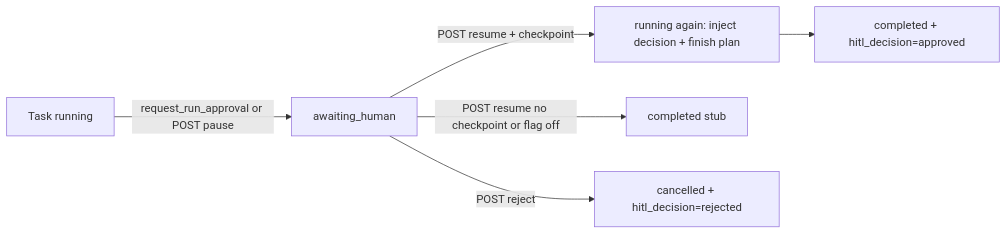
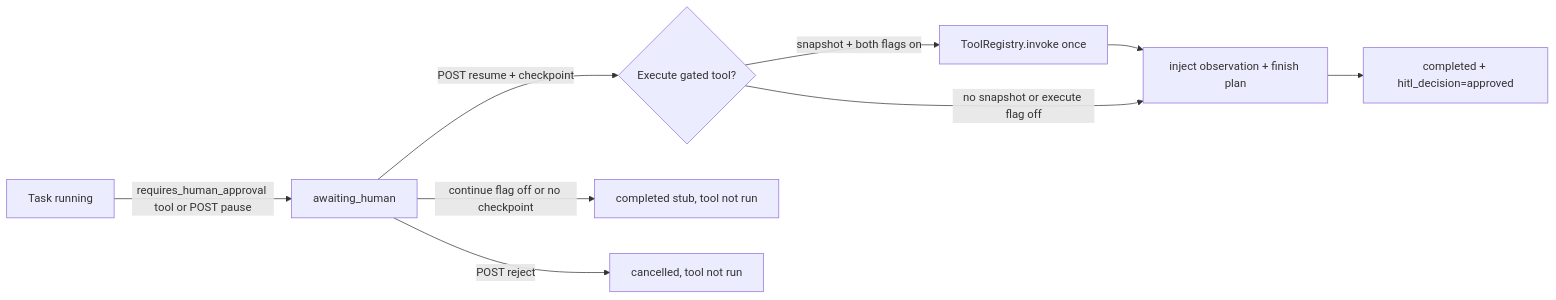
The third of 5 diagrams in docs/ARCHITECTURE.md (jahonn/ProAgent-OS), drawn with Mermaid before and after one commit. The commit also changed other lines of this file and 13 other files, not shown here.

First line of the commit message:
feat(hitl): execute the paused gated tool once on approve (#36)

````diff
--- a/docs/ARCHITECTURE.md
+++ b/docs/ARCHITECTURE.md
@@ -75,8 +75,11 @@
 ```mermaid
 flowchart LR
-  run[Task running] -->|request_run_approval or POST pause| pause[awaiting_human]
-  pause -->|POST resume + checkpoint| cont[running again: inject decision + finish plan]
+  run[Task running] -->|requires_human_approval tool or POST pause| pause[awaiting_human]
+  pause -->|POST resume + checkpoint| gate{Execute gated tool?}
+  gate -->|snapshot + both flags on| once[ToolRegistry.invoke once]
+  once --> cont[inject observation + finish plan]
+  gate -->|no snapshot or execute flag off| cont
   cont --> done[completed + hitl_decision=approved]
-  pause -->|POST resume no checkpoint or flag off| stub[completed stub]
-  pause -->|POST reject| cancel[cancelled + hitl_decision=rejected]
+  pause -->|continue flag off or no checkpoint| stub[completed stub, tool not run]
+  pause -->|POST reject| cancel[cancelled, tool not run]
 ```
````
